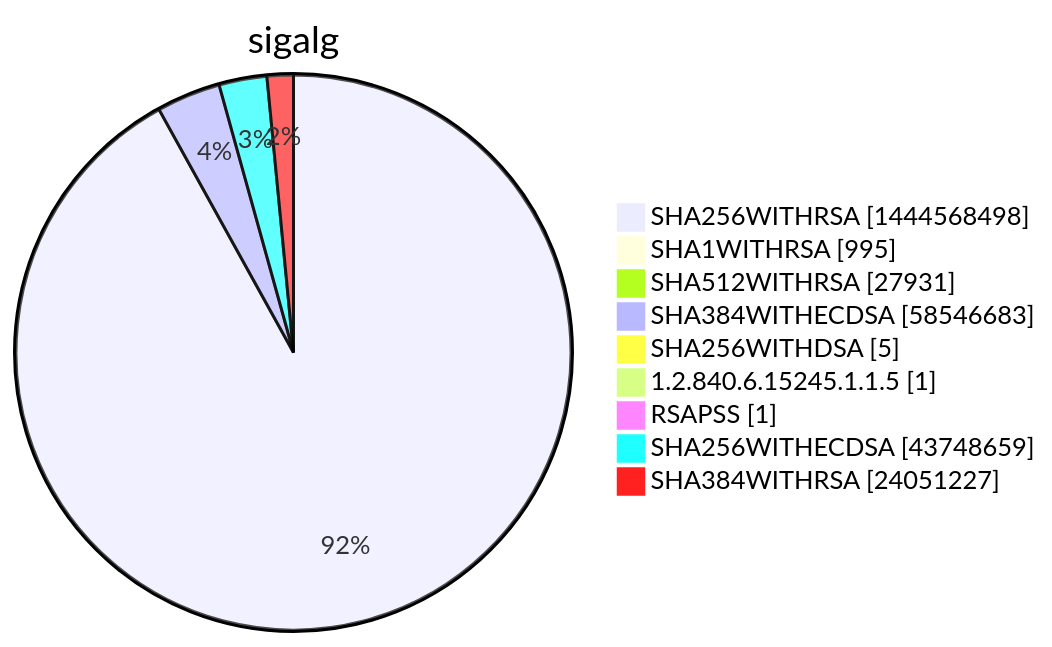
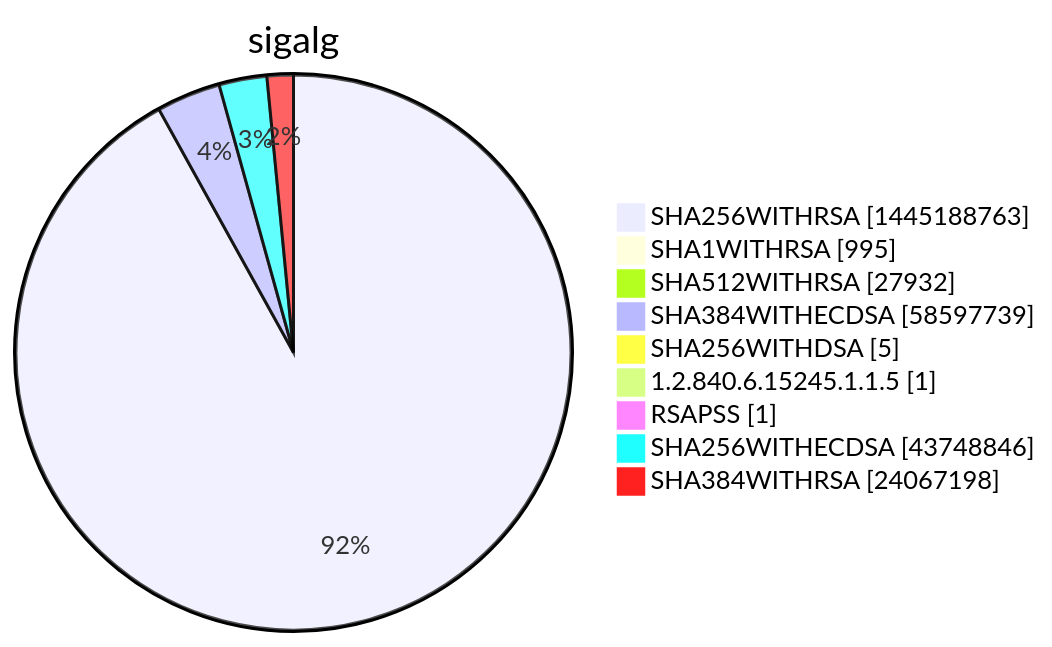
Before and after one commit to christiankrug/ctmonitor_visualization: diagram 15 of 15 in xenon2022/README.md, drawn with Mermaid. The commit also changed other lines of this file, not shown here.

````diff
--- a/xenon2022/README.md
+++ b/xenon2022/README.md
@@ -5861,13 +5861,13 @@
 ```mermaid
 pie showData
 title sigalg
-"SHA256WITHRSA" :1444568498
+"SHA256WITHRSA" :1445188763
 "SHA1WITHRSA" :995
-"SHA512WITHRSA" :27931
-"SHA384WITHECDSA" :58546683
+"SHA512WITHRSA" :27932
+"SHA384WITHECDSA" :58597739
 "SHA256WITHDSA" :5
 "1.2.840.6.15245.1.1.5" :1
 "RSAPSS" :1
-"SHA256WITHECDSA" :43748659
-"SHA384WITHRSA" :24051227
+"SHA256WITHECDSA" :43748846
+"SHA384WITHRSA" :24067198
 ```
````
